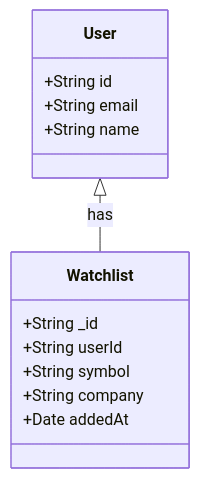
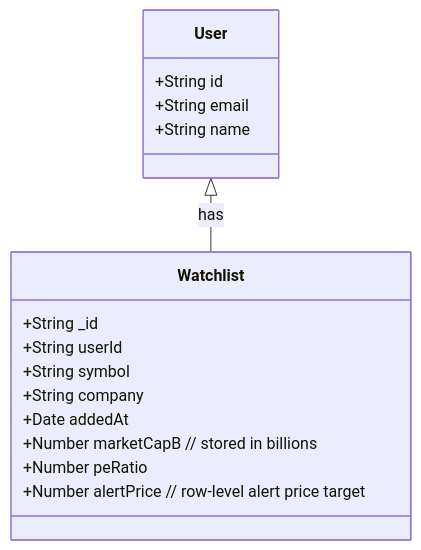
The diagram in diagrams/watchlist-erd.mmd (adaup33/markettini_stock_application), drawn with Mermaid before and after one commit. The commit also changed 44 other files, not shown here.

```diff
--- a/diagrams/watchlist-erd.mmd
+++ b/diagrams/watchlist-erd.mmd
@@ -1,14 +1,17 @@
 classDiagram
   class User{
     +String id
     +String email
     +String name
   }
   class Watchlist{
     +String _id
     +String userId
     +String symbol
     +String company
     +Date addedAt
+    +Number marketCapB  // stored in billions
+    +Number peRatio
+    +Number alertPrice  // row-level alert price target
   }
   User <|-- Watchlist : has
```
